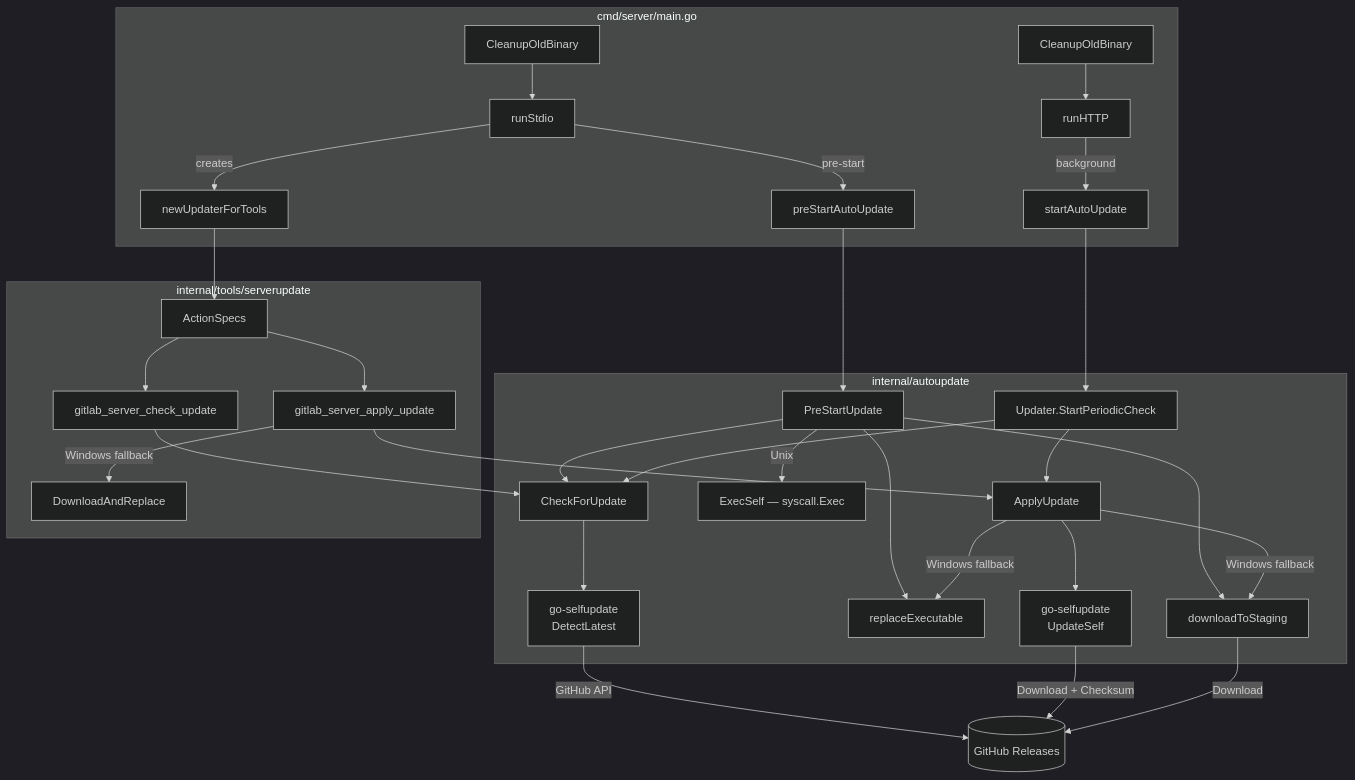
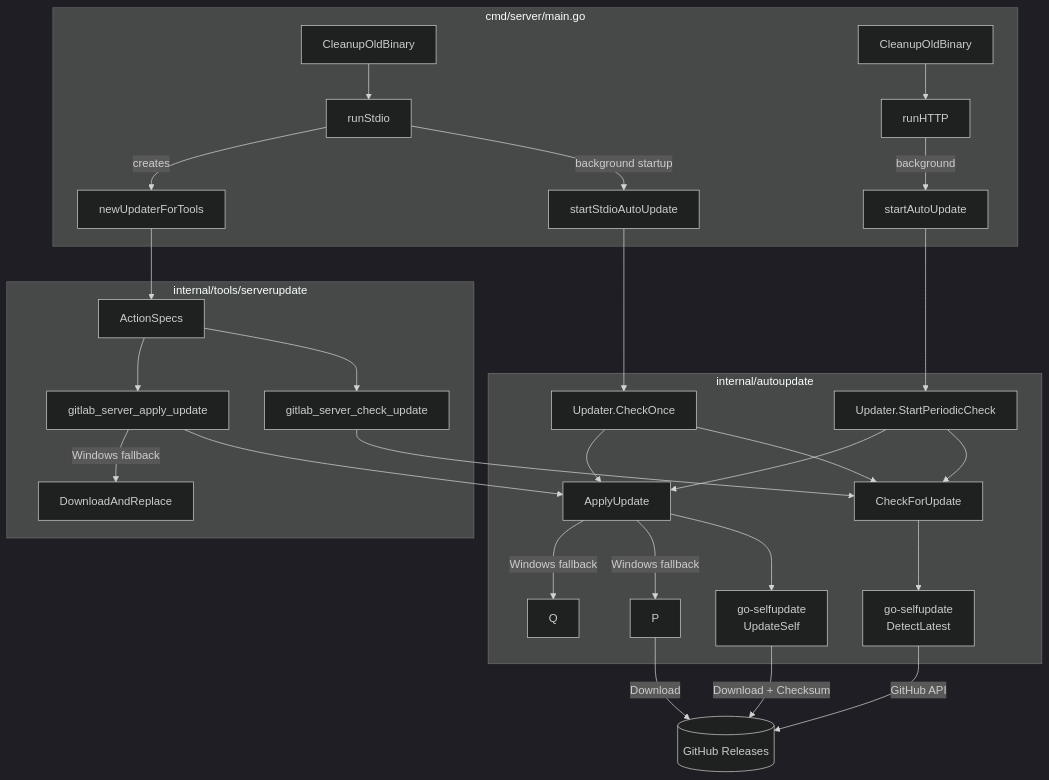
Before and after one commit to jmrplens/gitlab-mcp-server: the second of 2 diagrams in docs/auto-update.md, drawn with Mermaid (dark theme). The commit also changed other lines of this file and 626 other files, not shown here.

````diff
--- a/docs/auto-update.md
+++ b/docs/auto-update.md
@@ -254,38 +241,36 @@
 ```mermaid
 graph TD
     subgraph "cmd/server/main.go"
         A0[CleanupOldBinary] --> A
-        A[runStdio] -->|pre-start| B[preStartAutoUpdate]
+        A[runStdio] -->|background startup| B[startStdioAutoUpdate]
         A -->|creates| C[newUpdaterForTools]
         D0[CleanupOldBinary] --> D
         D[runHTTP] -->|background| E[startAutoUpdate]
     end
 
     subgraph "internal/autoupdate"
-        B --> F[PreStartUpdate]
+        B --> F[Updater.CheckOnce]
         F --> H[CheckForUpdate]
-        F --> P[downloadToStaging]
-        F --> Q[replaceExecutable]
-        F -->|Unix| R[ExecSelf — syscall.Exec]
+        F --> I[ApplyUpdate]
         E --> G[Updater.StartPeriodicCheck]
         G --> H
         G --> I[ApplyUpdate]
         H --> J[go-selfupdate<br/>DetectLatest]
         I --> K[go-selfupdate<br/>UpdateSelf]
         I -->|Windows fallback| P
         I -->|Windows fallback| Q
     end
 
     subgraph "internal/tools/serverupdate"
         C --> L[ActionSpecs]
         L --> M[gitlab_server_check_update]
         L --> N[gitlab_server_apply_update]
         M --> H
         N --> I
         N -->|Windows fallback| S[DownloadAndReplace]
     end
 
     J -->|GitHub API| O[(GitHub Releases)]
     K -->|Download + Checksum| O
     P -->|Download| O
 ```
````
